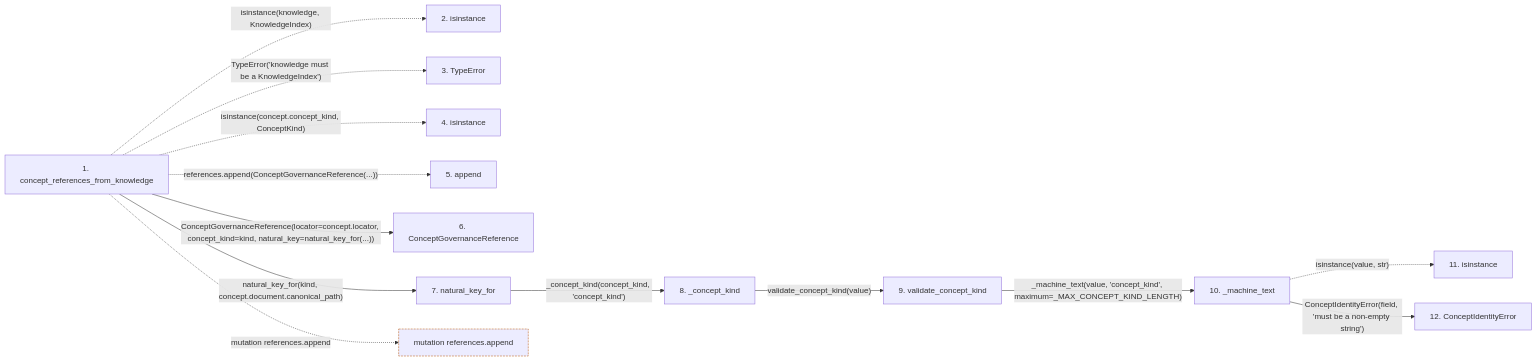
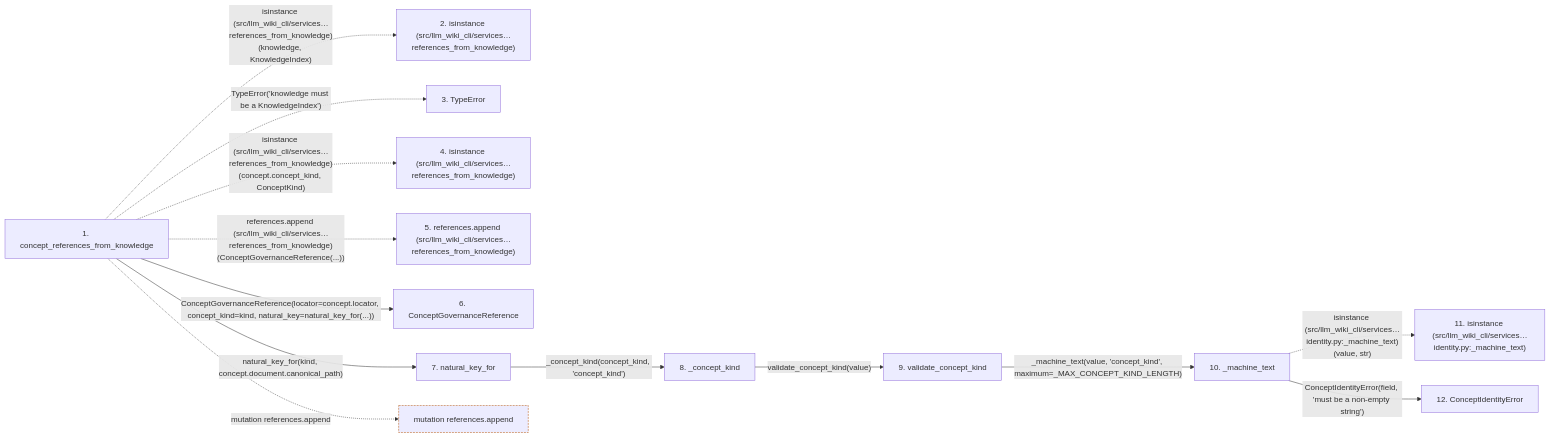
Before and after one commit to Denissvgn/python-wiki-llm: the second of 2 diagrams in docs/llm_wiki/flows/api-concept_references_from_knowledge.md, drawn with Mermaid. The commit also changed other lines of this file and 719 other files, not shown here.

````diff
--- a/docs/llm_wiki/flows/api-concept_references_from_knowledge.md
+++ b/docs/llm_wiki/flows/api-concept_references_from_knowledge.md
@@ -80,37 +83,37 @@
 ```mermaid
 flowchart LR
     s1["1. concept_references_from_knowledge"]
-    s2["2. isinstance"]
+    s2["2. isinstance (src/llm_wiki_cli/services…references_from_knowledge)"]
     s3["3. TypeError"]
-    s4["4. isinstance"]
-    s5["5. append"]
+    s4["4. isinstance (src/llm_wiki_cli/services…references_from_knowledge)"]
+    s5["5. references.append (src/llm_wiki_cli/services…references_from_knowledge)"]
     s6["6. ConceptGovernanceReference"]
     s7["7. natural_key_for"]
     s8["8. _concept_kind"]
     s9["9. validate_concept_kind"]
     s10["10. _machine_text"]
-    s11["11. isinstance"]
+    s11["11. isinstance (src/llm_wiki_cli/services…identity.py:_machine_text)"]
     s12["12. ConceptIdentityError"]
-    s1 -. "isinstance(knowledge, KnowledgeIndex)" .-> s2
+    s1 -. "isinstance (src/llm_wiki_cli/services…references_from_knowledge)(knowledge, KnowledgeIndex)" .-> s2
     s1 -. "TypeError('knowledge must be a KnowledgeIndex')" .-> s3
-    s1 -. "isinstance(concept.concept_kind, ConceptKind)" .-> s4
-    s1 -. "references.append(ConceptGovernanceReference(...))" .-> s5
+    s1 -. "isinstance (src/llm_wiki_cli/services…references_from_knowledge)(concept.concept_kind, ConceptKind)" .-> s4
+    s1 -. "references.append (src/llm_wiki_cli/services…references_from_knowledge)(ConceptGovernanceReference(...))" .-> s5
     s1 -->|"ConceptGovernanceReference(locator=concept.locator, concept_kind=kind, natural_key=natural_key_for(...))"| s6
     s1 -->|"natural_key_for(kind, concept.document.canonical_path)"| s7
     s7 -->|"_concept_kind(concept_kind, 'concept_kind')"| s8
     s8 -->|"validate_concept_kind(value)"| s9
     s9 -->|"_machine_text(value, 'concept_kind', maximum=_MAX_CONCEPT_KIND_LENGTH)"| s10
-    s10 -. "isinstance(value, str)" .-> s11
+    s10 -. "isinstance (src/llm_wiki_cli/services…identity.py:_machine_text)(value, str)" .-> s11
     s10 -->|"ConceptIdentityError(field, 'must be a non-empty string')"| s12
     b0["mutation references.append"]
     s1 -. "mutation references.append" .-> b0
     click s1 "../modules/knowledge_governance.md"
     click s6 "../modules/knowledge_governance.md"
     click s7 "../modules/knowledge_governance.md"
     click s8 "../modules/knowledge_governance.md"
     click s9 "../modules/concept_identity.md"
     click s10 "../modules/concept_identity.md"
     click s12 "../modules/concept_identity.md"
     classDef boundary stroke:#b45309,stroke-dasharray: 4 2
     class b0 boundary
 ```
````
